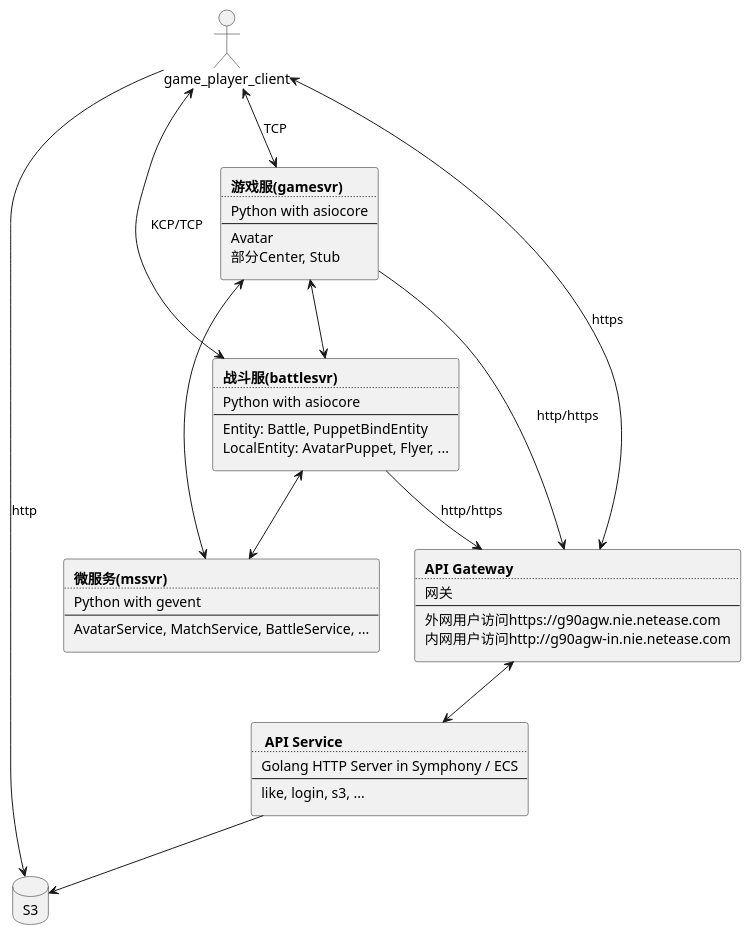
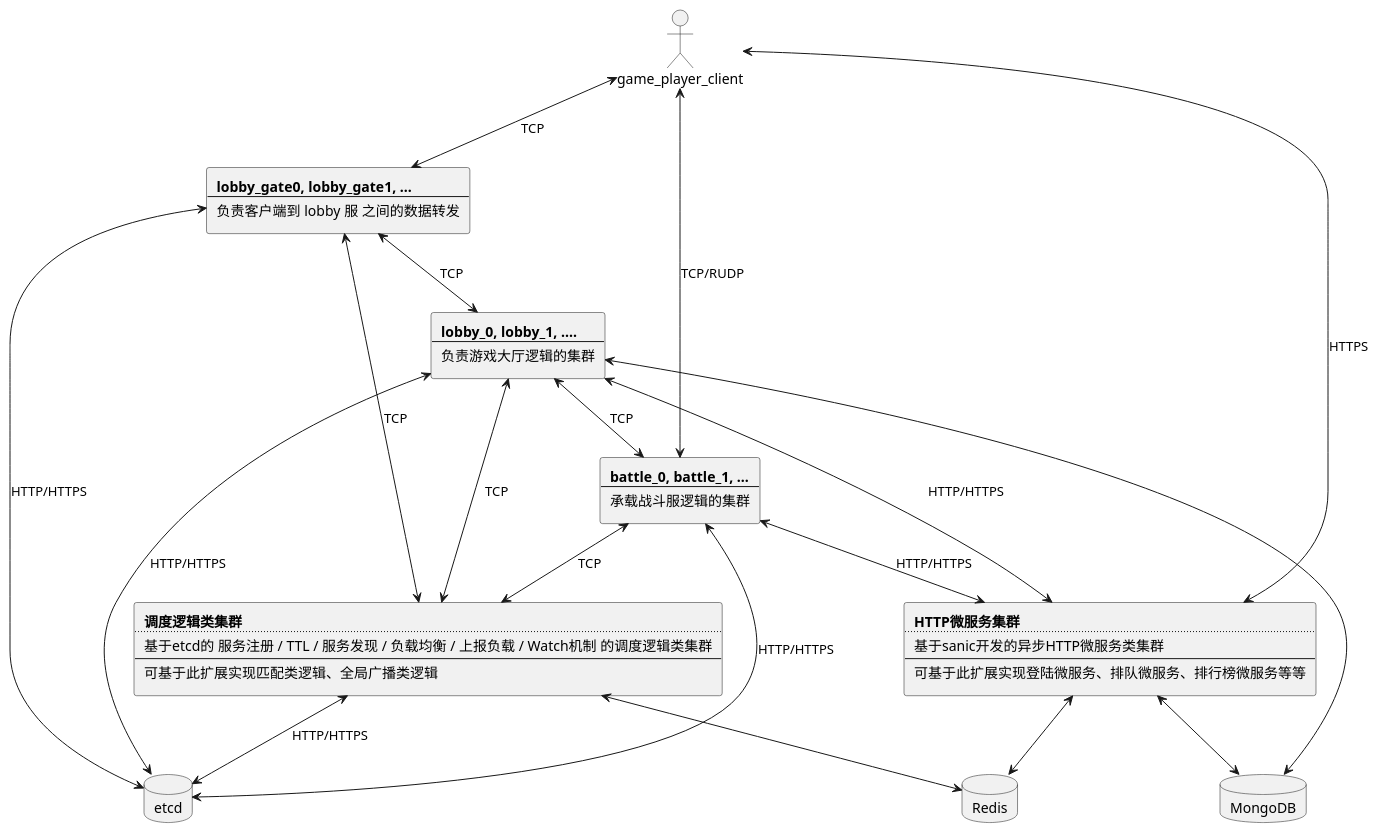
Before and after one commit to no5ix/realtime-server: the diagram in README.md, drawn with PlantUML. The commit also changed other lines of this file and 1 other file, not shown here.

````diff
--- a/README.md
+++ b/README.md
@@ -42,60 +40,64 @@
 ```puml
-actor game_player_client as c
-database S3
+actor game_player_client as cl
+database MongoDB
+database Redis
+database etcd
 
-rectangle gs [
-    <b>游戏服(gamesvr)
+rectangle hs [
+    <b>HTTP微服务集群
     ....
-    Python with asiocore
+    基于sanic开发的异步HTTP微服务类集群
     ----
-    Avatar
-    部分Center, Stub
+    可基于此扩展实现登陆微服务、排队微服务、排行榜微服务等等
+]
+
+rectangle lg [
+    <b>lobby_gate0, lobby_gate1, ...
+    ----
+    负责客户端到 lobby 服 之间的数据转发
+]
+
+rectangle lb [
+    <b>lobby_0, lobby_1, ....
+    ----
+    负责游戏大厅逻辑的集群
 ]
 
 rectangle bs [
-    <b>战斗服(battlesvr)
-    ....
-    Python with asiocore
+    <b>battle_0, battle_1, ...
     ----
-    Entity: Battle, PuppetBindEntity
-    LocalEntity: AvatarPuppet, Flyer, ...
+    承载战斗服逻辑的集群
 ]
 
-rectangle ms [
-    <b>微服务(mssvr)
+rectangle ds[
+    <b>调度逻辑类集群
     ....
-    Python with gevent
+    基于etcd的 服务注册 / TTL / 服务发现 / 负载均衡 / 上报负载 / Watch机制 的调度逻辑类集群
     ----
-    AvatarService, MatchService, BattleService, ...
+    可基于此扩展实现匹配类逻辑、全局广播类逻辑
 ]
 
-rectangle api [
-    <b>API Gateway
-    ....
-    网关
-    ----
-    外网用户访问https://g90agw.nie.netease.com
-    内网用户访问http://g90agw-in.nie.netease.com
-]
+cl <--> lg: TCP
+lb <--> bs: TCP
+lg <--> lb: TCP
+cl <--> bs: TCP/RUDP
+lb <--> ds: TCP
+lg <--> ds: TCP
+bs <--> ds: TCP
 
-rectangle api_service [
-    <b> API Service
-    ....
-    Golang HTTP Server in Symphony / ECS
-    ----
-    like, login, s3, ...
-]
+cl <--> hs: HTTPS
+lb <--> hs: HTTP/HTTPS
+bs <--> hs: HTTP/HTTPS
 
-c <--> gs: TCP
-c <--> bs: KCP/TCP
-c <--> api: https
-c --> S3: http
+ds <--> Redis
+hs <--> Redis
+hs <--> MongoDB
+lb <--> MongoDB
 
-gs <--> ms
-bs <--> ms
-gs <--> bs
-gs --> api: http/https
-bs --> api: http/https
-api <--> api_service
-api_service --> S3
+lb <--> etcd: HTTP/HTTPS
+lg <--> etcd: HTTP/HTTPS
+bs <--> etcd: HTTP/HTTPS
+ds <--> etcd: HTTP/HTTPS
+
+
 ```
````
